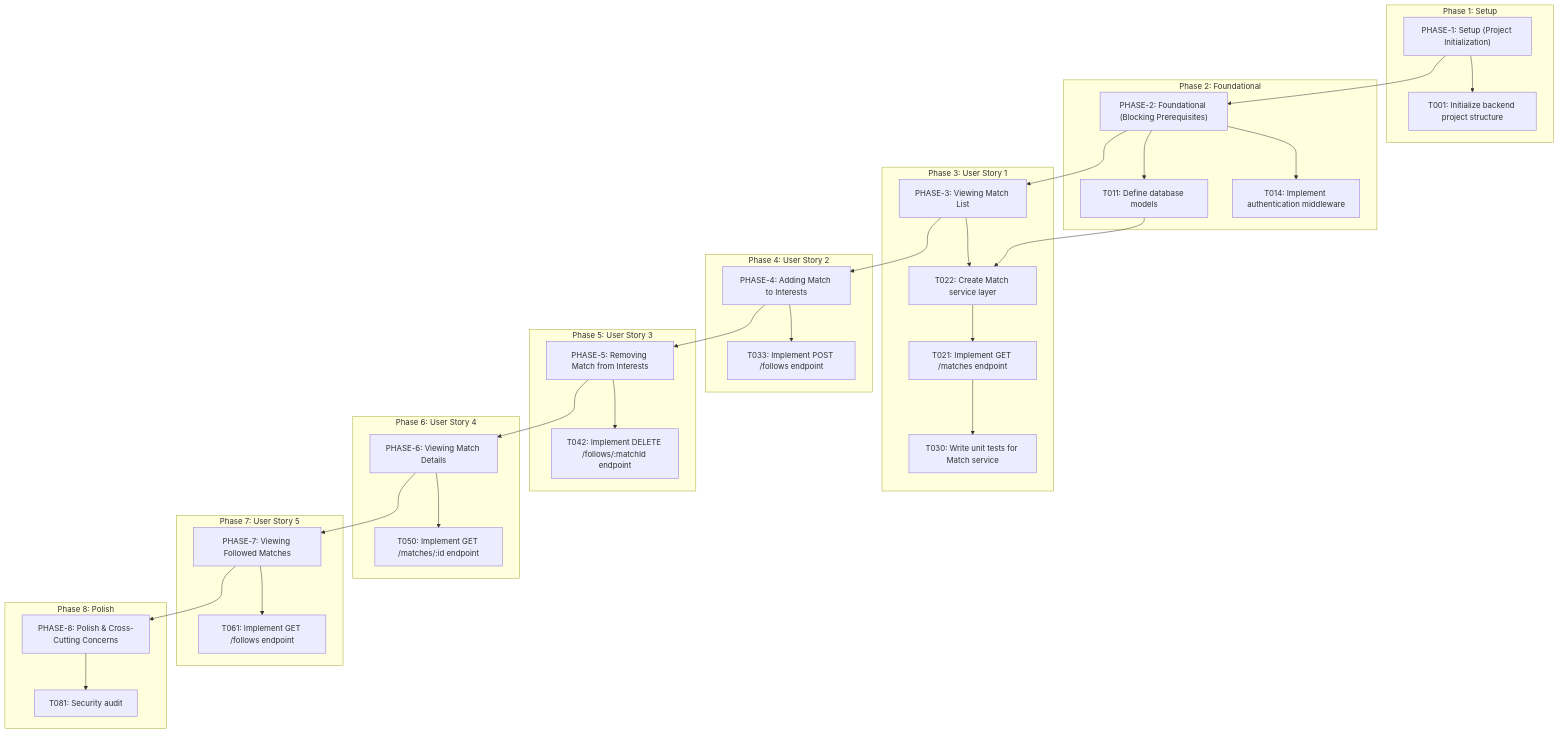
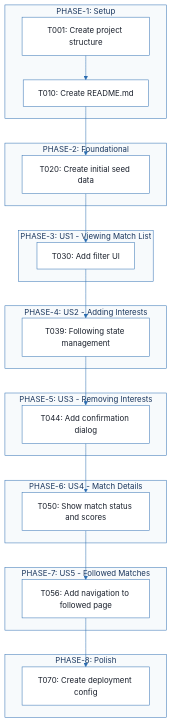
One commit to abir-ommezzine/extension-github-spec-kit changed the first of 7 diagrams in outputs/001-football-match-manager/markdowns/tasks_v1.0_doc.md. Above: the diagram before and after it, drawn with Mermaid. The commit also changed other lines of this file and 145 other files, not shown here.

````diff
--- a/outputs/001-football-match-manager/markdowns/tasks_v1.0_doc.md
+++ b/outputs/001-football-match-manager/markdowns/tasks_v1.0_doc.md
@@ -40,65 +36,79 @@
 ```mermaid
+%%{init: {
+  'theme': 'base',
+  'themeVariables': {
+    'primaryColor': '#1A365D',
+    'primaryTextColor': '#1A202C',
+    'primaryBorderColor': '#2B6CB0',
+    'lineColor': '#2B6CB0',
+    'secondaryColor': '#EBF8FF',
+    'tertiaryColor': '#EBF8FF',
+    'background': '#FFFFFF',
+    'mainBkg': '#FFFFFF',
+    'secondBkg': '#EBF8FF',
+    'tertiaryBkg': '#F7FAFC',
+    'secondaryTextColor': '#4A5568',
+    'fontSize': '16px',
+    'fontFamily': 'Inter, system-ui, sans-serif',
+    'nodePadding': '15px',
+    'borderRadius': '8px',
+    'edgeLabelBackground': '#EBF8FF',
+    'clusterBkg': '#F7FAFC',
+    'clusterBorder': '#2B6CB0',
+    'defaultLinkColor': '#2B6CB0',
+    'titleColor': '#1A365D',
+    'actorBorder': '#2B6CB0',
+    'actorBkg': '#EBF8FF',
+    'actorTextColor': '#1A365D',
+    'actorLineColor': '#2B6CB0',
+    'signalColor': '#2B6CB0',
+    'signalTextColor': '#1A202C',
+    'labelBoxBorderColor': '#2B6CB0',
+    'labelBoxBkgColor': '#EBF8FF',
+    'labelTextColor': '#1A202C',
+    'loopTextColor': '#1A202C',
+    'arrowHeadColor': '#2B6CB0',
+    'sequenceNumberColor': '#1A365D',
+    'sequenceActorBorder': '#2B6CB0',
+    'sequenceActorBkg': '#EBF8FF',
+    'sequenceArrowColor': '#2B6CB0',
+    'noteBkgColor': '#FFF5EB',
+    'noteBorderColor': '#DD6B20',
+    'noteTextColor': '#1A202C'
+  }
+}}%%
 flowchart TD
-    subgraph Setup_Phase ["Phase 1: Setup"]
-        PHASE-1["PHASE-1: Setup (Project Initialization)"]
-        T001["T001: Initialize backend project structure"]
-        PHASE-1 --> T001
+    subgraph PHASE-1["PHASE-1: Setup"]
+        T001["T001: Create project structure"]
+        T010["T010: Create README.md"]
     end
-
-    subgraph Foundational_Phase ["Phase 2: Foundational"]
-        PHASE-2["PHASE-2: Foundational (Blocking Prerequisites)"]
-        T011["T011: Define database models"]
-        T014["T014: Implement authentication middleware"]
-        PHASE-2 --> T011
-        PHASE-2 --> T014
+    subgraph PHASE-2["PHASE-2: Foundational"]
+        T020["T020: Create initial seed data"]
     end
-
-    subgraph US1_Phase ["Phase 3: User Story 1"]
-        PHASE-3["PHASE-3: Viewing Match List"]
-        T022["T022: Create Match service layer"]
-        T021["T021: Implement GET /matches endpoint"]
-        T030["T030: Write unit tests for Match service"]
-        PHASE-3 --> T022
-        T022 --> T021
-        T021 --> T030
+    subgraph PHASE-3["PHASE-3: US1 - Viewing Match List"]
+        T030["T030: Add filter UI"]
     end
-
-    subgraph US2_Phase ["Phase 4: User Story 2"]
-        PHASE-4["PHASE-4: Adding Match to Interests"]
-        T033["T033: Implement POST /follows endpoint"]
-        PHASE-4 --> T033
+    subgraph PHASE-4["PHASE-4: US2 - Adding Interests"]
+        T039["T039: Following state management"]
     end
-
-    subgraph US3_Phase ["Phase 5: User Story 3"]
-        PHASE-5["PHASE-5: Removing Match from Interests"]
-        T042["T042: Implement DELETE /follows/:matchId endpoint"]
-        PHASE-5 --> T042
+    subgraph PHASE-5["PHASE-5: US3 - Removing Interests"]
+        T044["T044: Add confirmation dialog"]
     end
-
-    subgraph US4_Phase ["Phase 6: User Story 4"]
-        PHASE-6["PHASE-6: Viewing Match Details"]
-        T050["T050: Implement GET /matches/:id endpoint"]
-        PHASE-6 --> T050
+    subgraph PHASE-6["PHASE-6: US4 - Match Details"]
+        T050["T050: Show match status and scores"]
     end
-
-    subgraph US5_Phase ["Phase 7: User Story 5"]
-        PHASE-7["PHASE-7: Viewing Followed Matches"]
-        T061["T061: Implement GET /follows endpoint"]
-        PHASE-7 --> T061
+    subgraph PHASE-7["PHASE-7: US5 - Followed Matches"]
+        T056["T056: Add navigation to followed page"]
     end
-
-    subgraph Polish_Phase ["Phase 8: Polish"]
-        PHASE-8["PHASE-8: Polish & Cross-Cutting Concerns"]
-        T081["T081: Security audit"]
-        PHASE-8 --> T081
+    subgraph PHASE-8["PHASE-8: Polish"]
+        T070["T070: Create deployment config"]
     end
-
-    PHASE-1 --> PHASE-2
-    PHASE-2 --> PHASE-3
-    PHASE-3 --> PHASE-4
-    PHASE-4 --> PHASE-5
-    PHASE-5 --> PHASE-6
-    PHASE-6 --> PHASE-7
-    PHASE-7 --> PHASE-8
-    T011 --> T022
+    T001 --> T010
+    T010 --> T020
+    T020 --> T030
+    T030 --> T039
+    T039 --> T044
+    T044 --> T050
+    T050 --> T056
+    T056 --> T070
 ```
````
